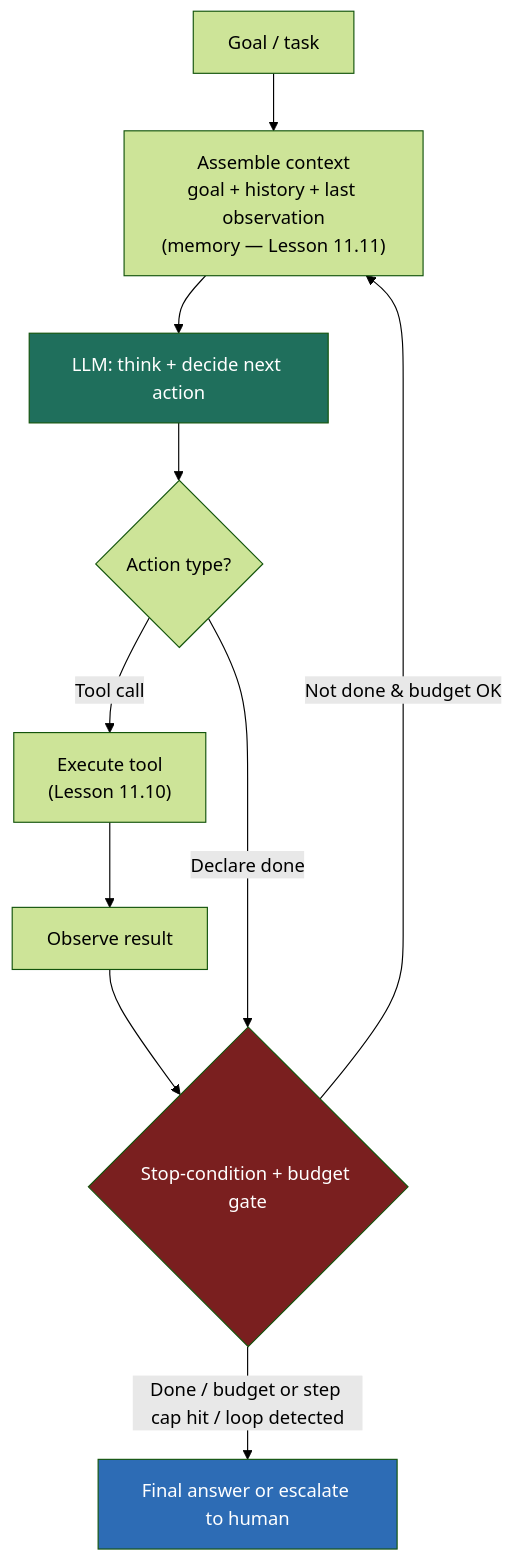
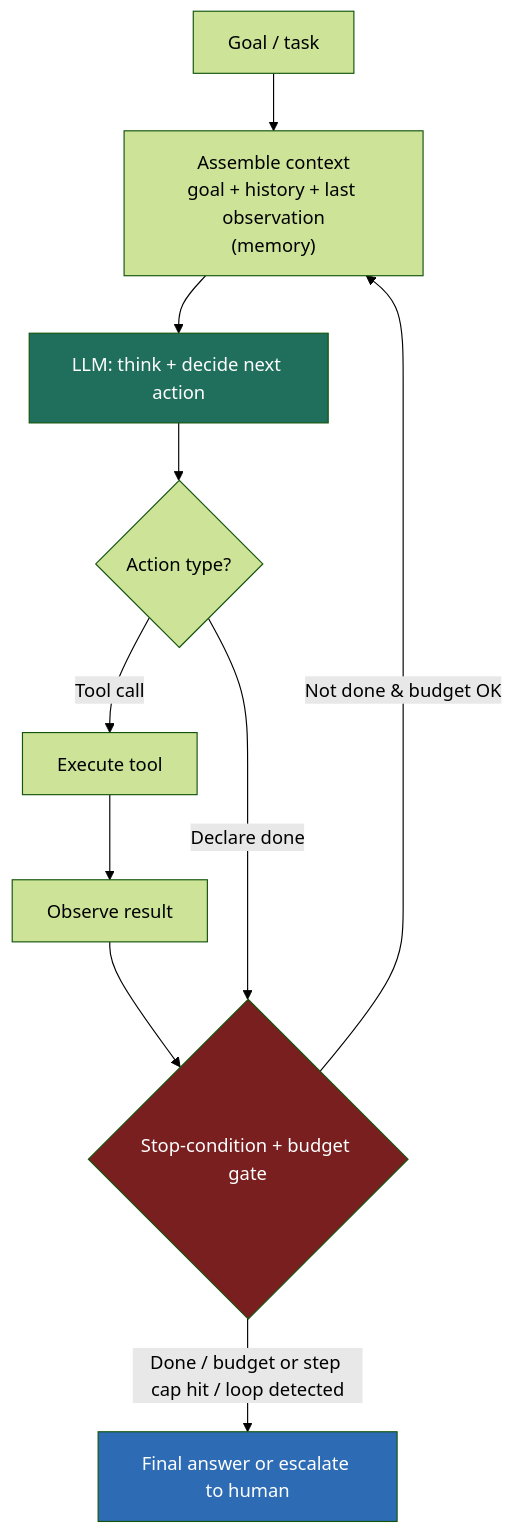
One commit to hkrathore/sysdesign-course changed the diagram in src/content/docs/module-11/lesson-11-9.md. Above: the diagram before and after it, drawn with Mermaid (forest theme). The commit also changed other lines of this file and 146 other files, not shown here.

````diff
--- a/src/content/docs/module-11/lesson-11-9.md
+++ b/src/content/docs/module-11/lesson-11-9.md
@@ -64,15 +64,15 @@
 ```mermaid
 flowchart TD
-    GOAL[Goal / task] --> CTX["Assemble context<br/>goal + history + last observation<br/>(memory — Lesson 11.11)"]
+    GOAL[Goal / task] --> CTX["Assemble context<br/>goal + history + last observation<br/>(memory)"]
     CTX --> LLM[LLM: think + decide next action]
     LLM --> DEC{Action type?}
-    DEC -->|Tool call| TOOL["Execute tool<br/>(Lesson 11.10)"]
+    DEC -->|Tool call| TOOL["Execute tool"]
     TOOL --> OBS[Observe result] --> GATE
     DEC -->|Declare done| GATE{Stop-condition + budget gate}
     GATE -->|Not done & budget OK| CTX
     GATE -->|Done / budget or step cap hit / loop detected| OUT[Final answer or escalate to human]
 
     style LLM fill:#1f6f5c,color:#fff
     style GATE fill:#7a1f1f,color:#fff
     style OUT fill:#2d6cb5,color:#fff
 ```
````
